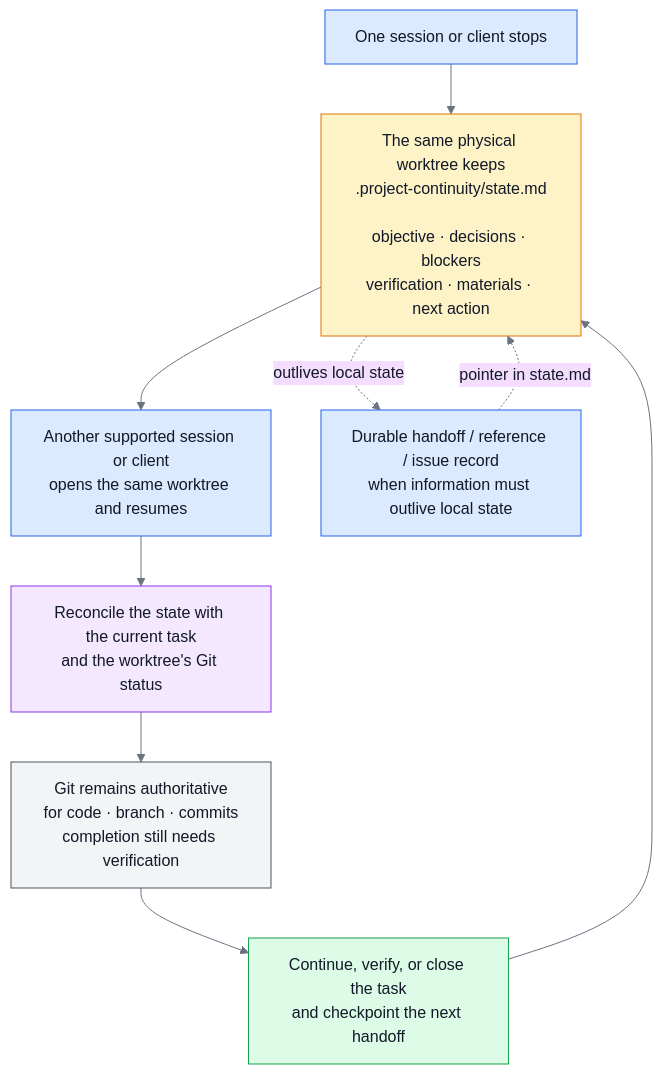
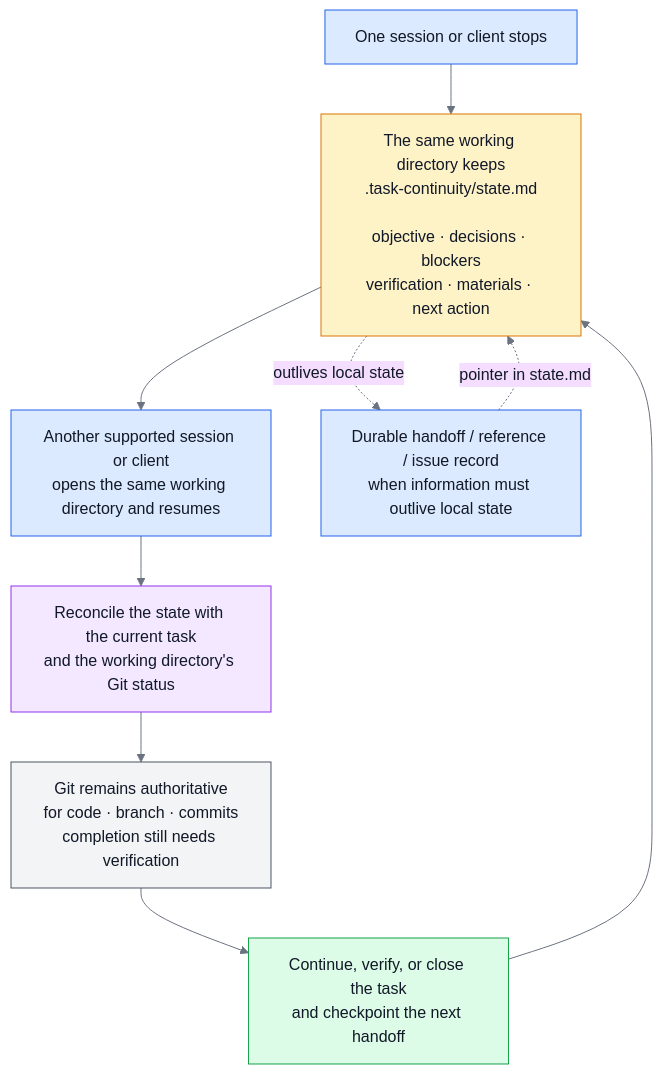
The third of 4 diagrams in README.md (sherrilla71940/dotfiles), drawn with Mermaid before and after one commit. The commit also changed other lines of this file and 153 other files, not shown here.

````diff
--- a/README.md
+++ b/README.md
@@ -199,28 +274,28 @@
 ```mermaid
 %%{init: {"theme": "base", "themeVariables": {"primaryTextColor": "#111827", "nodeTextColor": "#111827", "textColor": "#111827", "lineColor": "#6b7280"}, "flowchart": {"useMaxWidth": true}}}%%
 flowchart TD
     stop["One session or client stops"]:::handoff
-    persist["The same physical worktree keeps<br/>.project-continuity/state.md<br/><br/>objective · decisions · blockers<br/>verification · materials · next action"]:::state
-    resume["Another supported session or client<br/>opens the same worktree and resumes"]:::handoff
-    reconcile["Reconcile the state with the current task<br/>and the worktree's Git status"]:::check
+    persist["The same working directory keeps<br/>.task-continuity/state.md<br/><br/>objective · decisions · blockers<br/>verification · materials · next action"]:::state
+    resume["Another supported session or client<br/>opens the same working directory and resumes"]:::handoff
+    reconcile["Reconcile the state with the current task<br/>and the working directory's Git status"]:::check
     git["Git remains authoritative<br/>for code · branch · commits<br/>completion still needs verification"]:::authority
     continue["Continue, verify, or close the task<br/>and checkpoint the next handoff"]:::work
     durable["Durable handoff / reference / issue record<br/>when information must outlive local state"]:::handoff
 
     stop --> persist --> resume --> reconcile --> git --> continue --> persist
     persist -. "outlives local state" .-> durable
     durable -. "pointer in state.md" .-> persist
 
     classDef handoff fill:#dbeafe,stroke:#2563eb,color:#111827
     classDef state fill:#fef3c7,stroke:#d97706,color:#111827
     classDef check fill:#f3e8ff,stroke:#9333ea,color:#111827
     classDef authority fill:#f3f4f6,stroke:#4b5563,color:#111827
     classDef work fill:#dcfce7,stroke:#16a34a,color:#111827
     style stop color:#111827
     style persist color:#111827
     style resume color:#111827
     style reconcile color:#111827
     style git color:#111827
     style continue color:#111827
     style durable color:#111827
 ```
````
